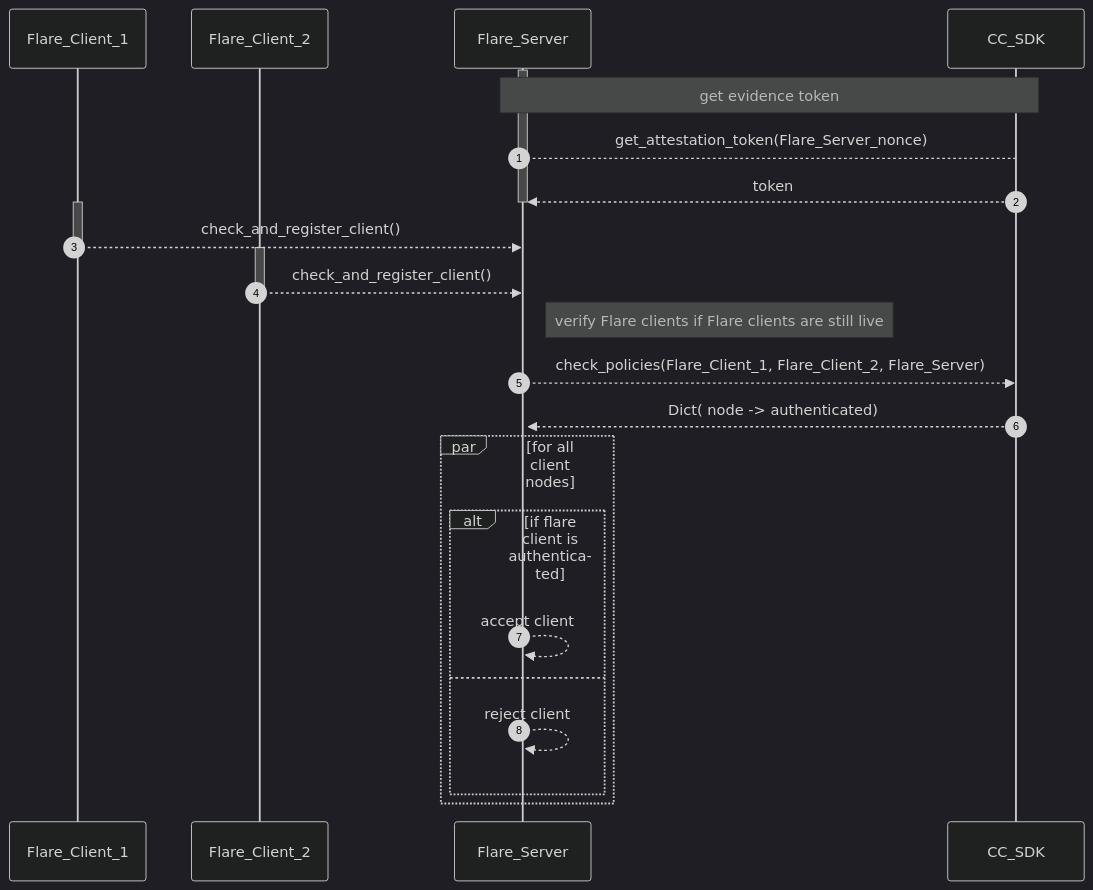
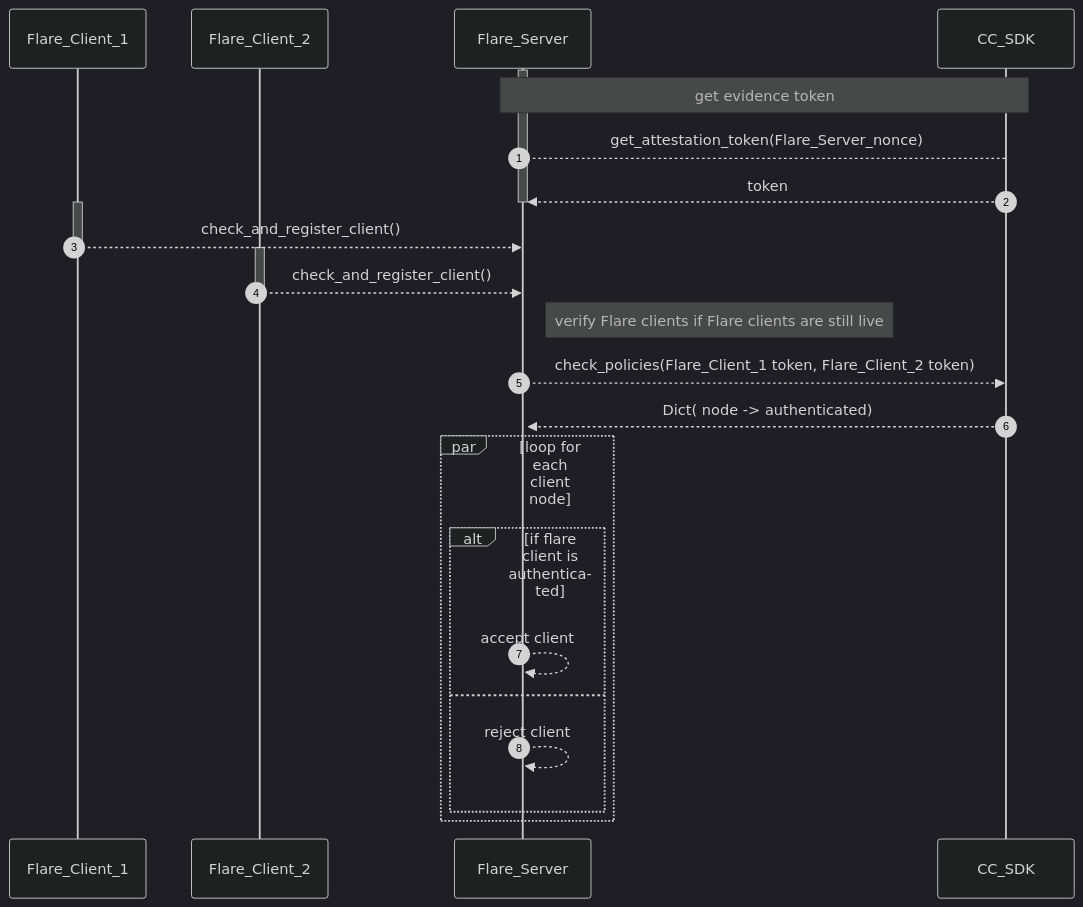
The ninth of 10 diagrams in docs/confidential_computing/detailed_cc_sequence_diagram.md (hitesh-ag1/NVFlare), drawn with Mermaid (dark theme) before and after one commit. The commit also changed other lines of this file, not shown here.

Commit message:
Sequence diagram for CC

````diff
--- a/docs/confidential_computing/detailed_cc_sequence_diagram.md
+++ b/docs/confidential_computing/detailed_cc_sequence_diagram.md
@@ -188,35 +204,35 @@
 ```mermaid
 sequenceDiagram
    autonumber
      
     participant Flare_Client_1
     participant Flare_Client_2
     participant Flare_Server
     participant CC_SDK
      
     activate Flare_Server
     Note over Flare_Server, CC_SDK: get evidence token
     Flare_Server --> CC_SDK : get_attestation_token(Flare_Server_nonce)
     CC_SDK -->> Flare_Server : token
     deactivate Flare_Server
   
     activate Flare_Client_1
     Flare_Client_1 -->> Flare_Server:  check_and_register_client() 
     deactivate Flare_Client_1
     
     activate Flare_Client_2
     Flare_Client_2 -->> Flare_Server:  check_and_register_client() 
     deactivate Flare_Client_2
     
     activate Flare_Server
     Note right of Flare_Server : verify Flare clients if Flare clients are still live
-    Flare_Server -->> CC_SDK : check_policies(Flare_Client_1, Flare_Client_2, Flare_Server)
+    Flare_Server -->> CC_SDK : check_policies(Flare_Client_1 token, Flare_Client_2 token)
     CC_SDK -->> Flare_Server : Dict( node -> authenticated)
-    par for all client nodes 
+    par loop for each client node 
             alt if flare client is authenticated
                 Flare_Server -->>  Flare_Server:  accept client  
             else
                 Flare_Server -->>  Flare_Server:  reject client  
             end
     end
 ```
````
